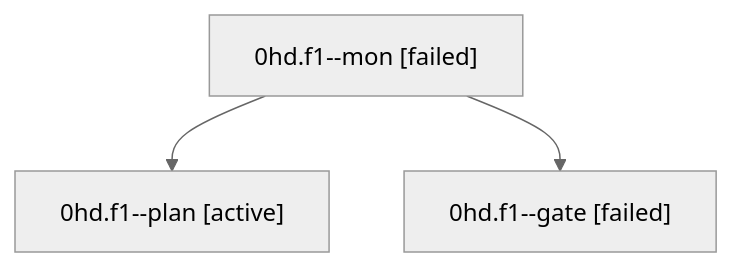
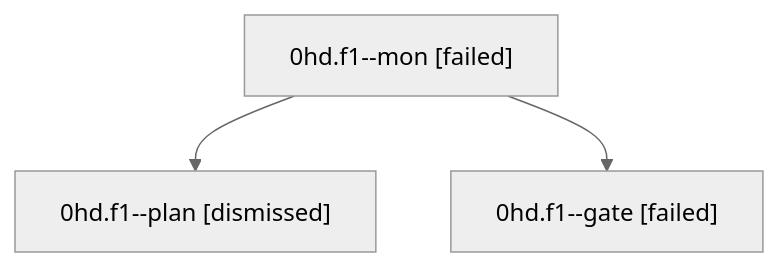
The diagram in sessions/bbugyi200.athena.0hd.f1.md (sase-org/sase--agents), drawn with Mermaid (neutral theme) before and after one commit. The commit also changed other lines of this file and 34 other files, not shown here.

````diff
--- a/sessions/bbugyi200.athena.0hd.f1.md
+++ b/sessions/bbugyi200.athena.0hd.f1.md
@@ -9,8 +9,8 @@
 ```mermaid
 flowchart TD
   n0["0hd.f1--mon [failed]"]
-  n1["0hd.f1--plan [active]"]
+  n1["0hd.f1--plan [dismissed]"]
   n0 --> n1
   n2["0hd.f1--gate [failed]"]
   n0 --> n2
 ```
````
